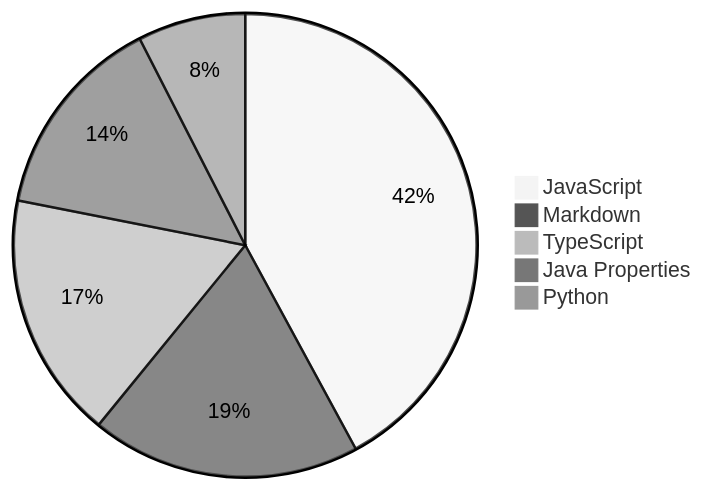
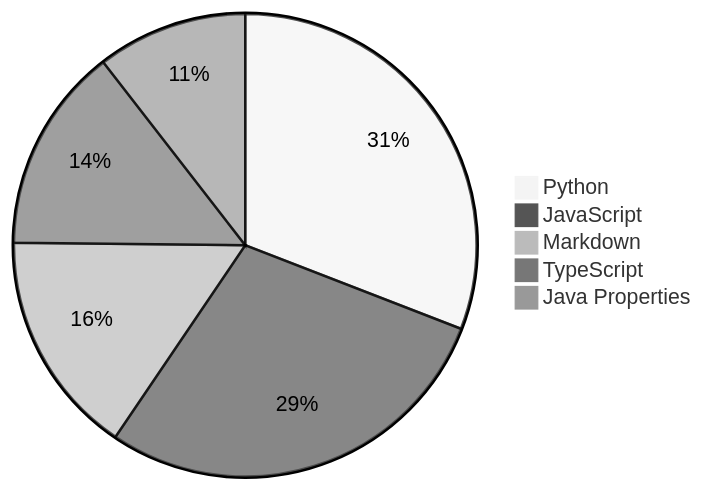
Before and after one commit to Alicia111/alicia111: the diagram in README.md, drawn with Mermaid (neutral theme).

Commit message:
Update WakaTime stats (・ω・)b

````diff
--- a/README.md
+++ b/README.md
@@ -32,8 +32,8 @@
 ```mermaid
 pie
-    "JavaScript" : 34.42
-    "Markdown" : 15.38
-    "TypeScript" : 14.07
-    "Java Properties" : 11.76
-    "Python" : 6.15
+    "Python" : 25.61
+    "JavaScript" : 23.71
+    "Markdown" : 13.02
+    "TypeScript" : 11.88
+    "Java Properties" : 8.71
 ```
````
